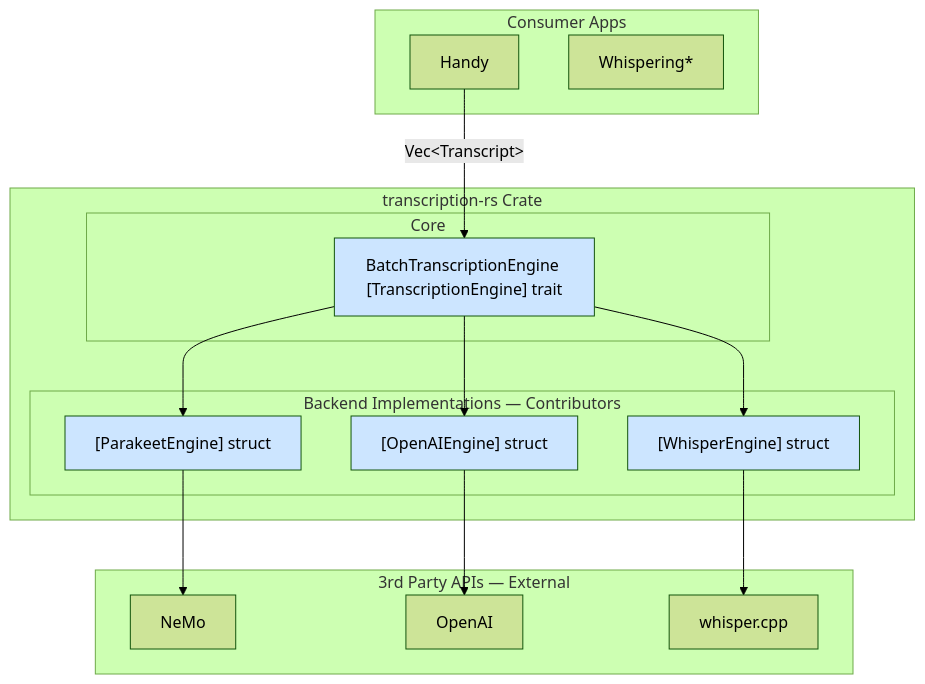
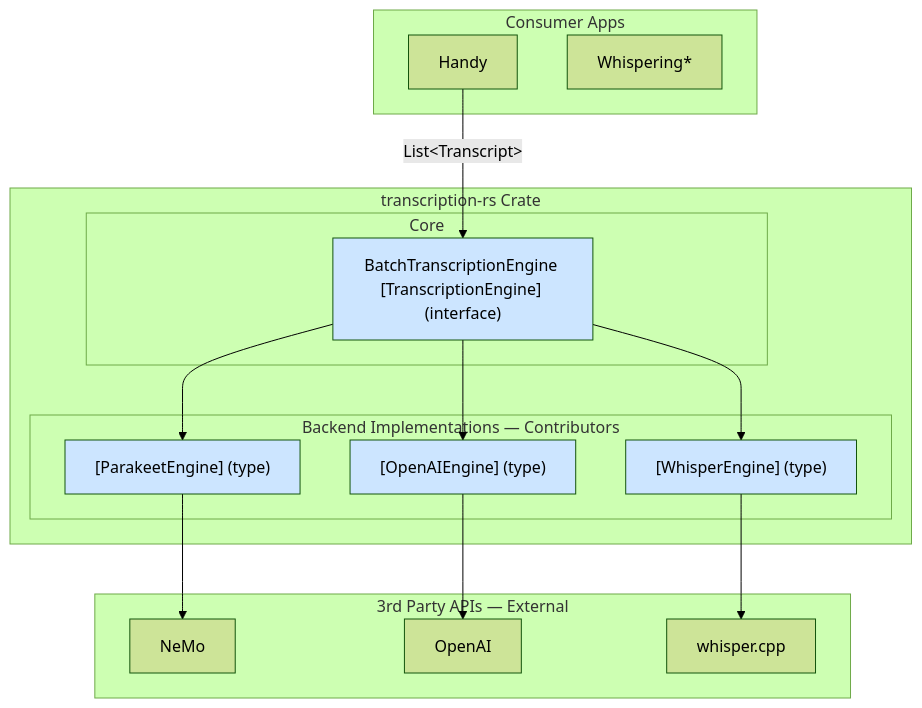
One commit to cjpais/transcribe-rs changed the second of 4 diagrams in specs/transcription-rs.md. Above: the diagram before and after it, drawn with Mermaid (forest theme). The commit also changed other lines of this file, not shown here.

````diff
--- a/specs/transcription-rs.md
+++ b/specs/transcription-rs.md
@@ -31,38 +31,38 @@
 ```mermaid
 graph TB
     subgraph Apps ["Consumer Apps"]
         Handy[Handy]
         Whispering[Whispering*]
     end
 
     subgraph Library ["transcription-rs Crate"]
         subgraph Core ["Core"]
-            BatchEngine["BatchTranscriptionEngine [TranscriptionEngine] trait"]
+            BatchEngine["BatchTranscriptionEngine [TranscriptionEngine] (interface)"]
         end
 
         subgraph Backends ["Backend Implementations — Contributors"]
-            ParakeetEngine["[ParakeetEngine] struct"]
-            OpenAIEngine["[OpenAIEngine] struct"]
-            WhisperEngine["[WhisperEngine] struct"]
+            ParakeetEngine["[ParakeetEngine] (type)"]
+            OpenAIEngine["[OpenAIEngine] (type)"]
+            WhisperEngine["[WhisperEngine] (type)"]
         end
     end
 
     subgraph External ["3rd Party APIs — External"]
         NeMo[NeMo]
         OpenAI[OpenAI]
         WhisperCpp[whisper.cpp]
     end
 
-    Handy -->|"Vec&lt;Transcript&gt;"| BatchEngine
+    Handy -->|"List&lt;Transcript&gt;"| BatchEngine
 
     BatchEngine --> ParakeetEngine
     BatchEngine --> OpenAIEngine
     BatchEngine --> WhisperEngine
 
     ParakeetEngine --> NeMo
     OpenAIEngine --> OpenAI
     WhisperEngine --> WhisperCpp
 
     classDef pullExisting fill:#cce5ff
     class ParakeetEngine,OpenAIEngine,WhisperEngine,BatchEngine pullExisting
 ```
````
